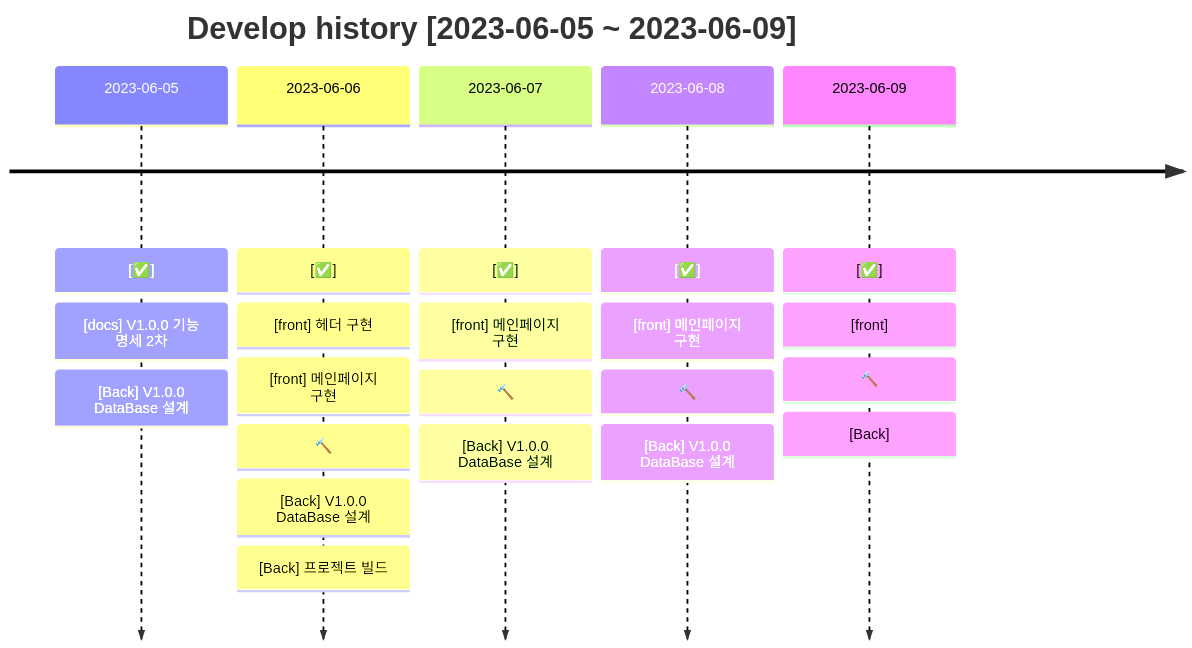
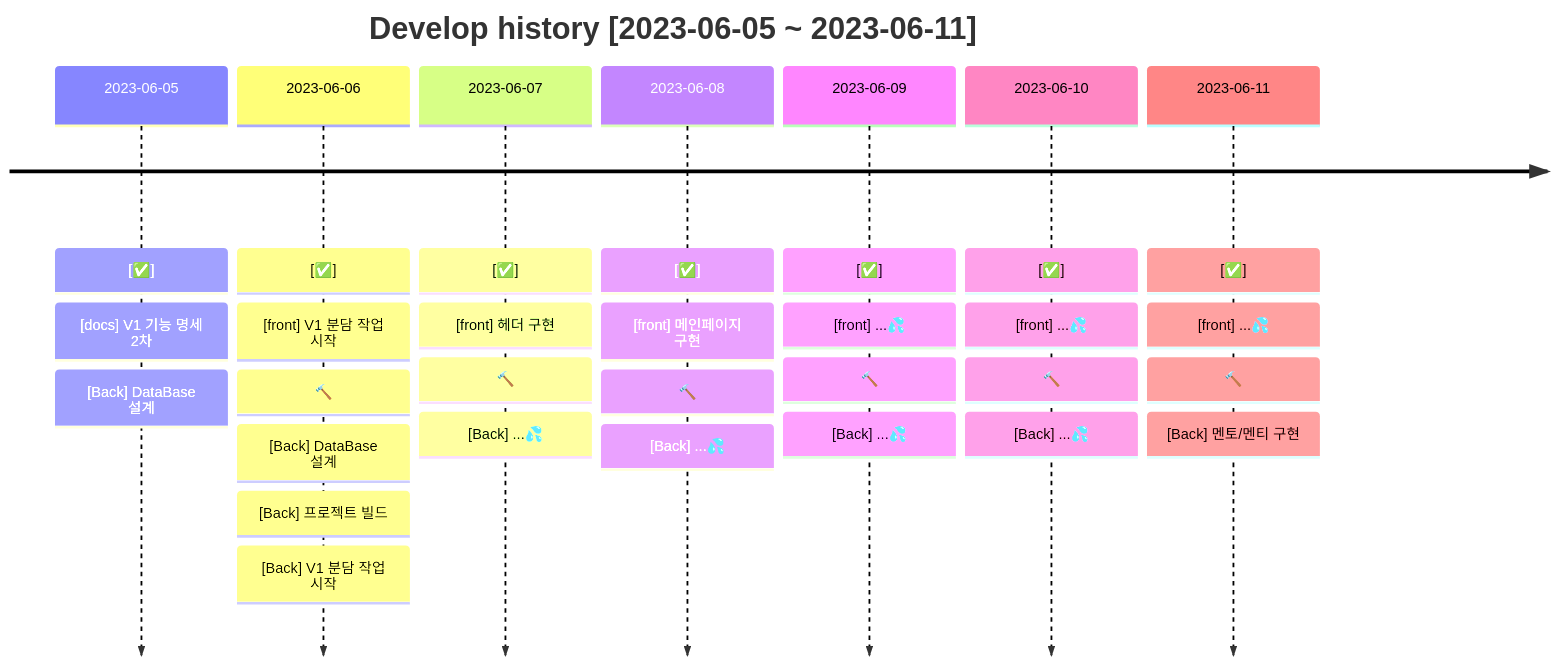
Before and after one commit to Hazel0c0/ddamddam-club-org: the second of 4 diagrams in docs/README.md, drawn with Mermaid. The commit also changed other lines of this file, not shown here.

````diff
--- a/docs/README.md
+++ b/docs/README.md
@@ -74,25 +78,33 @@
 ```mermaid
 timeline
-    title Develop history [2023-06-05 ~ 2023-06-09]
+    title Develop history [2023-06-05 ~ 2023-06-11]
     2023-06-05: [✅]
-            : [docs] V1.0.0 기능 명세 2차
-            : [Back] V1.0.0 DataBase 설계
+            : [docs] V1 기능 명세 2차
+            : [Back] DataBase 설계
     2023-06-06: [✅]
+            : [front] V1 분담 작업 시작
+            : 🔨
+            : [Back] DataBase 설계
+            : [Back] 프로젝트 빌드
+            : [Back] V1 분담 작업 시작
+    2023-06-07: [✅]
             : [front] 헤더 구현
-            : [front] 메인페이지 구현
             : 🔨
-            : [Back] V1.0.0 DataBase 설계
-            : [Back] 프로젝트 빌드
-    2023-06-07: [✅]
-            : [front] 메인페이지 구현
-            : 🔨
-            : [Back] V1.0.0 DataBase 설계
+            : [Back] ...💦
     2023-06-08: [✅]
             : [front] 메인페이지 구현
             : 🔨
-            : [Back] V1.0.0 DataBase 설계
+            : [Back] ...💦
     2023-06-09: [✅]
-            : [front]
+            : [front] ...💦
             : 🔨
-            : [Back] 
+            : [Back] ...💦
+    2023-06-10: [✅]
+            : [front] ...💦
+            : 🔨
+            : [Back] ...💦
+    2023-06-11: [✅]
+            : [front] ...💦
+            : 🔨
+            : [Back] 멘토/멘티 구현
 ```
````
